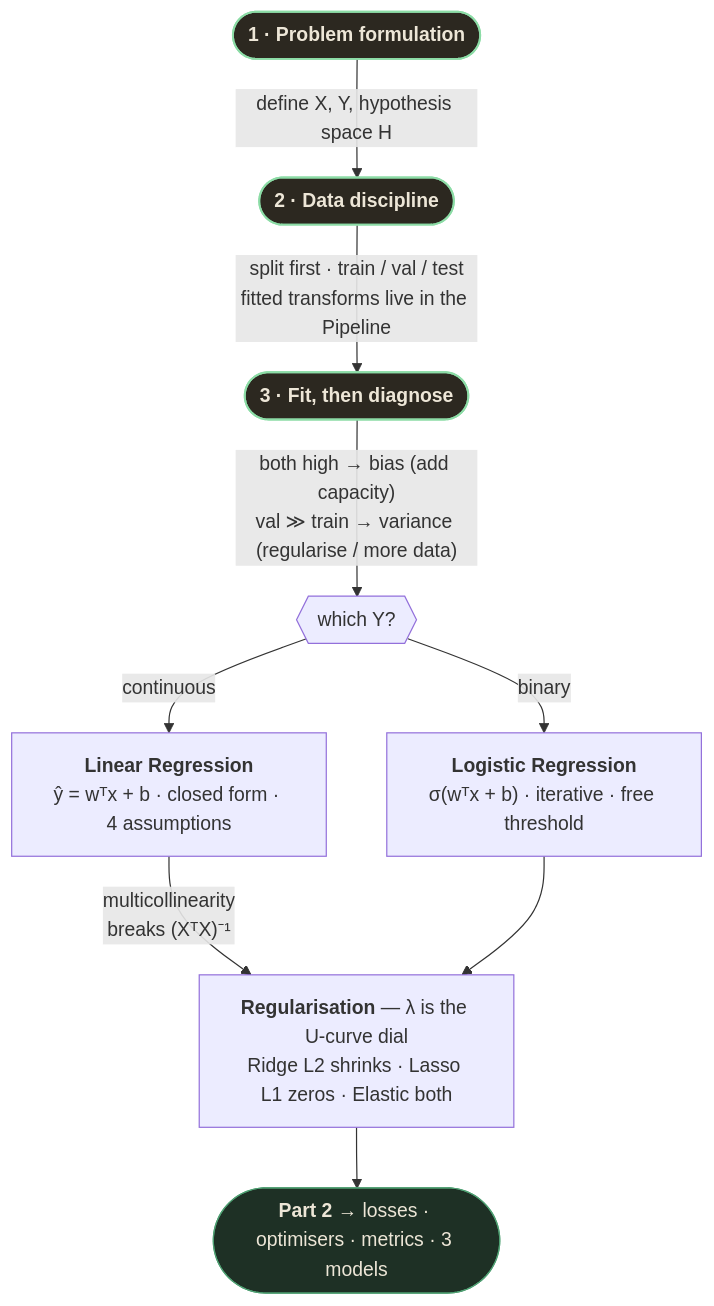
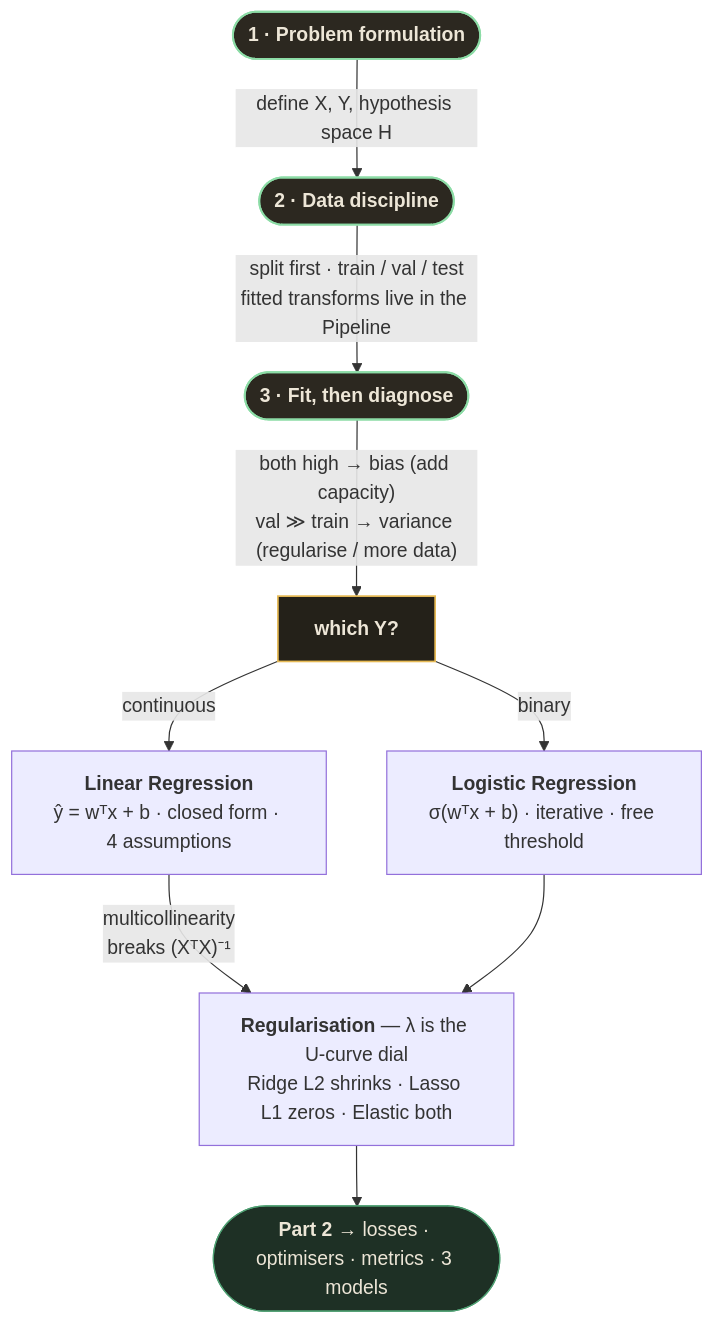
Before and after one commit to Aryan-Bhendarkar/ML-Notes: the fourth of 4 diagrams in notes/Supervised Learning/supervised-learning-01.md, drawn with Mermaid. The commit also changed other lines of this file and 26 other files, not shown here.

First line of the commit message:
docs: convert all Supervised Learning diagrams to Mermaid, xychart & SVG

````diff
--- a/notes/Supervised Learning/supervised-learning-01.md
+++ b/notes/Supervised Learning/supervised-learning-01.md
@@ -1626,18 +1655,20 @@
 ```mermaid
 flowchart TD
     P1(["<b>1 · Problem formulation</b>"])
     P2(["<b>2 · Data discipline</b>"])
     P3(["<b>3 · Fit, then diagnose</b>"])
     P1 -->|"define X, Y, hypothesis space H"| P2
     P2 -->|"split first · train / val / test<br/>fitted transforms live in the Pipeline"| P3
-    P3 -->|"both high → bias (add capacity)<br/>val ≫ train → variance (regularise / more data)"| SPLIT{{"which Y?"}}
+    P3 -->|"both high → bias (add capacity)<br/>val ≫ train → variance (regularise / more data)"| SPLIT["<b>which Y?</b>"]
     SPLIT -->|continuous| CONT["<b>Linear Regression</b><br/>ŷ = wᵀx + b · closed form · 4 assumptions"]
     SPLIT -->|binary| BIN["<b>Logistic Regression</b><br/>σ(wᵀx + b) · iterative · free threshold"]
     CONT -->|"multicollinearity<br/>breaks (XᵀX)⁻¹"| REG["<b>Regularisation</b> — λ is the U-curve dial<br/>Ridge L2 shrinks · Lasso L1 zeros · Elastic both"]
     BIN --> REG
     REG --> NEXT(["<b>Part 2 →</b> losses · optimisers · metrics · 3 models"])
     classDef step fill:#2C2820,stroke:#8CDCA6,stroke-width:1.6px,color:#EDE6D7
+    classDef ask fill:#242119,stroke:#E6BA55,stroke-width:1.4px,color:#EDE6D7
     classDef term fill:#1E3025,stroke:#4FA073,color:#EDE6D7
     class P1,P2,P3 step
+    class SPLIT ask
     class NEXT term
 ```
````
